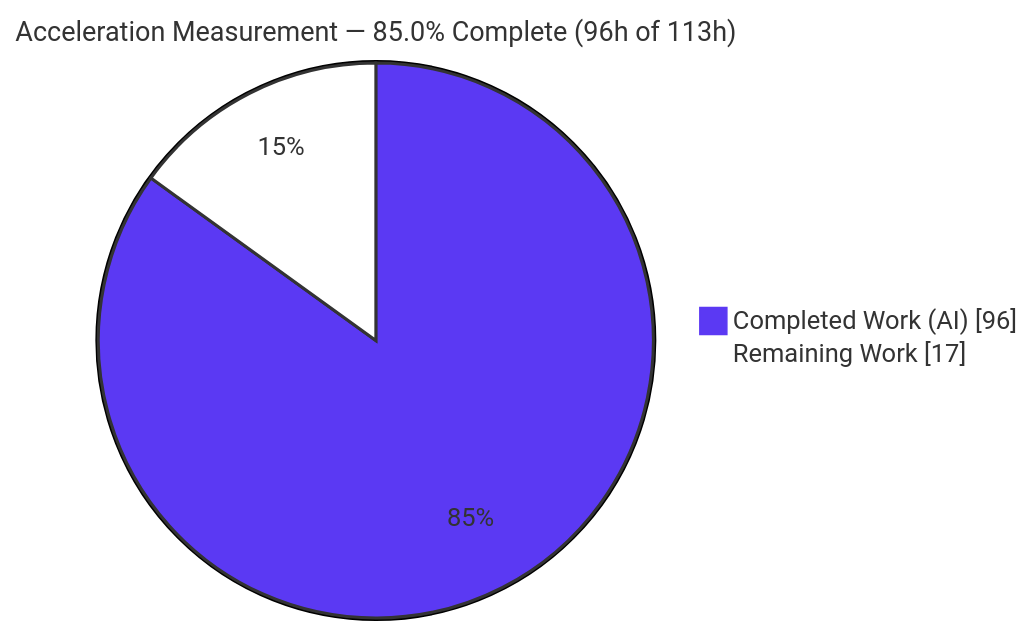
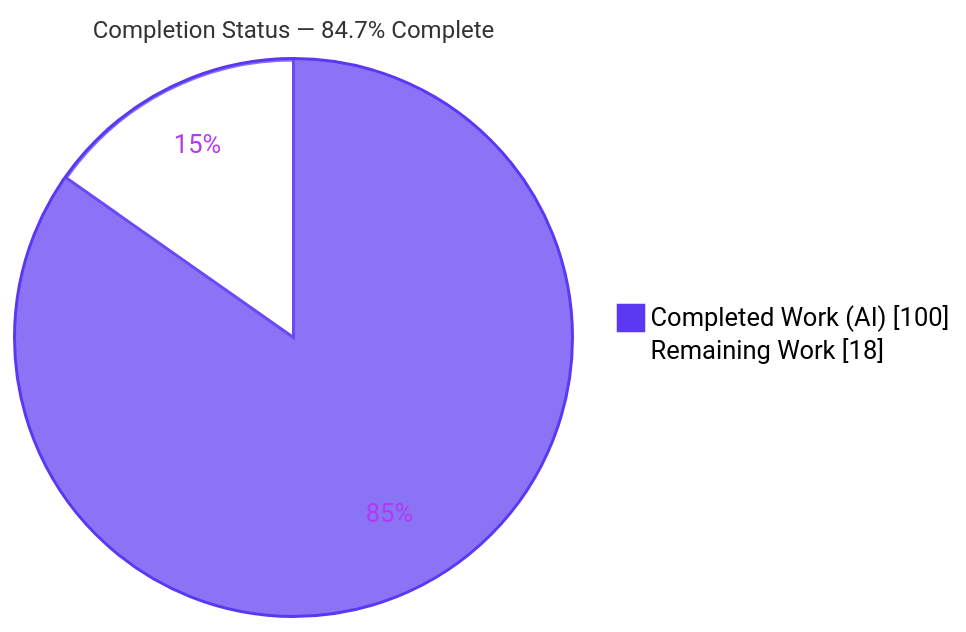
One commit to Blitzy-Sandbox/blitzy-cal changed the first of 4 diagrams in blitzy/documentation/Project Guide.md. Above: the diagram before and after it, drawn with Mermaid. The commit also changed other lines of this file, not shown here.

Commit message:
Adding Blitzy Project Guide: Project Status and Human Tasks Remaining

````diff
--- a/blitzy/documentation/Project Guide.md
+++ b/blitzy/documentation/Project Guide.md
@@ -13,6 +18,6 @@
 ```mermaid
-%%{init: {'theme':'base','themeVariables':{'pie1':'#5B39F3','pie2':'#FFFFFF','pieStrokeColor':'#333333','pieStrokeWidth':'2px','pieOuterStrokeWidth':'2px','pieTitleTextSize':'18px','pieSectionTextColor':'#333333','pieLegendTextColor':'#333333','pieOpacity':'1'}}}%%
-pie showData title Acceleration Measurement — 85.0% Complete (96h of 113h)
-    "Completed Work (AI)" : 96
-    "Remaining Work" : 17
+%%{init: {'theme':'base', 'themeVariables': {'pie1':'#5B39F3','pie2':'#FFFFFF','pieStrokeColor':'#5B39F3','pieStrokeWidth':'2px','pieOuterStrokeColor':'#5B39F3','pieOuterStrokeWidth':'2px','pieTitleTextSize':'16px','pieSectionTextColor':'#B23AF2','pieLegendTextColor':'#000000'}}}%%
+pie showData title Completion Status — 84.7% Complete
+    "Completed Work (AI)" : 100
+    "Remaining Work" : 18
 ```
````
